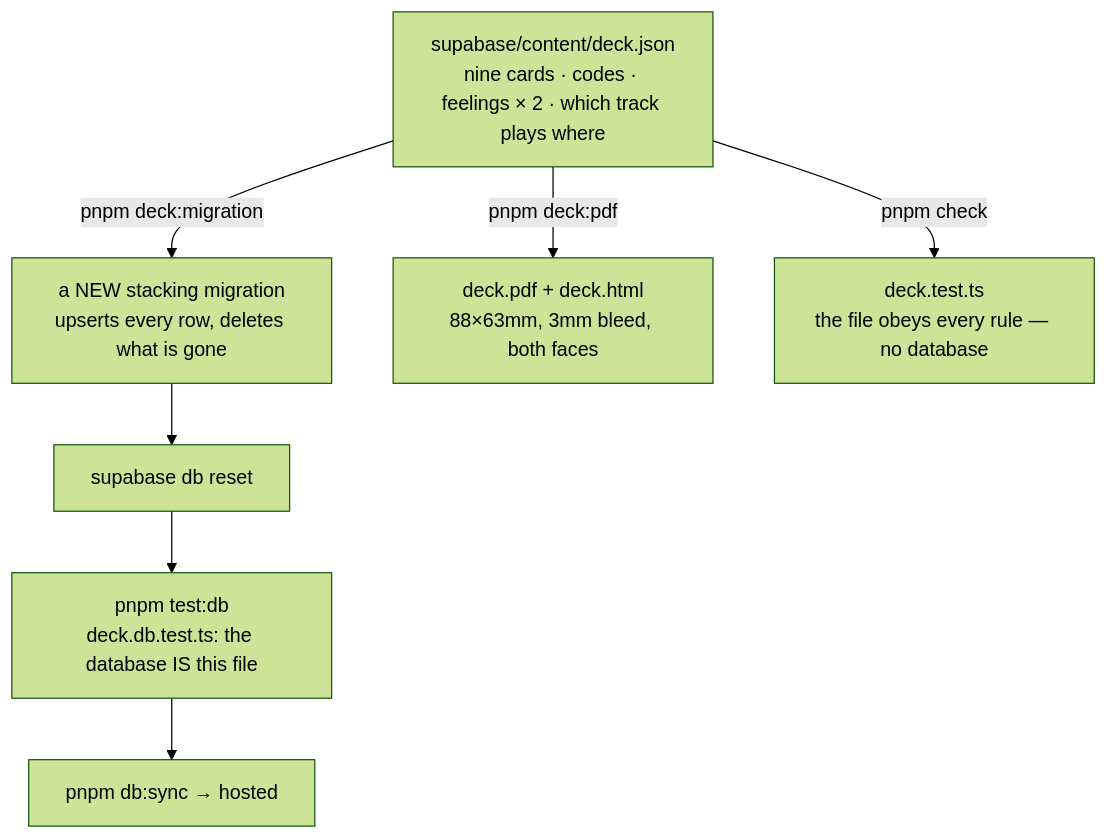
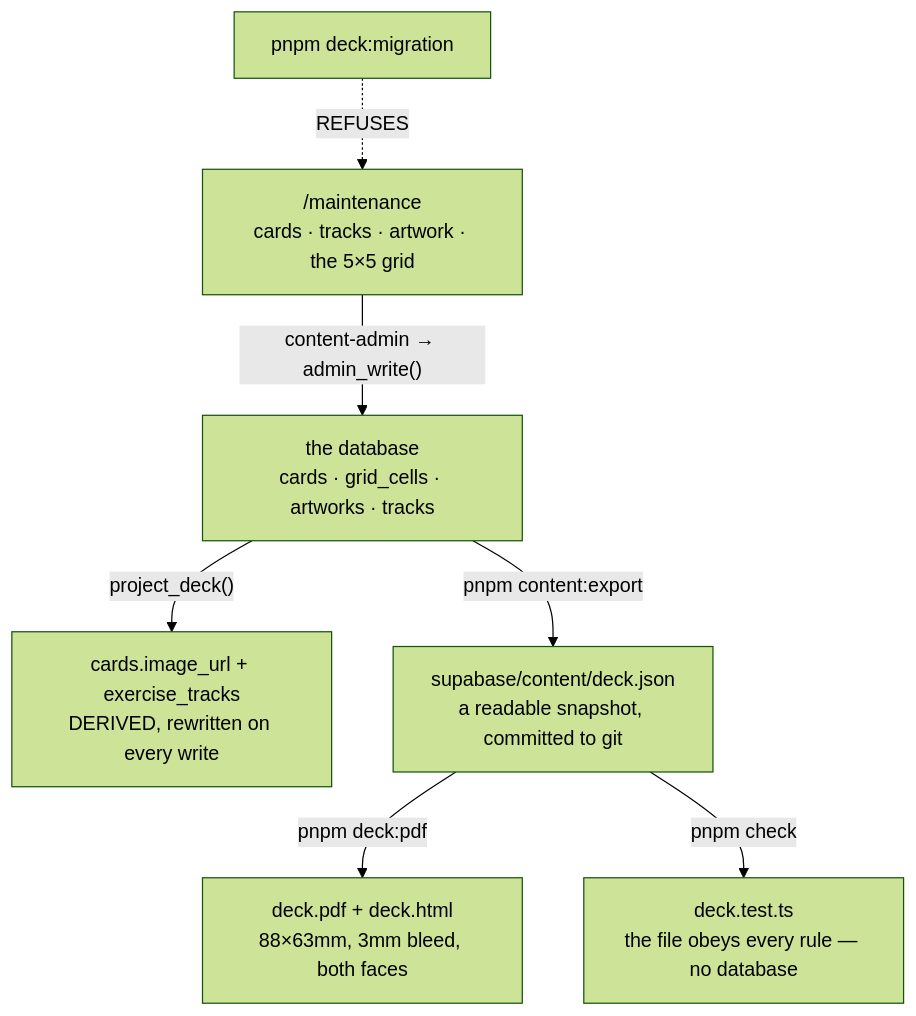
One commit to product-ben/musie changed the diagram in apps/docs/features/deck-pipeline.md. Above: the diagram before and after it, drawn with Mermaid (forest theme). The commit also changed other lines of this file and 4 other files, not shown here.

````diff
--- a/apps/docs/features/deck-pipeline.md
+++ b/apps/docs/features/deck-pipeline.md
@@ -7,9 +11,10 @@
 ```mermaid
 flowchart TD
-  J["supabase/content/deck.json<br/>nine cards · codes · feelings × 2 · which track plays where"]
-  J -->|"pnpm deck:migration"| M["a NEW stacking migration<br/>upserts every row, deletes what is gone"]
-  M --> RST["supabase db reset"] --> TDB["pnpm test:db<br/>deck.db.test.ts: the database IS this file"]
-  TDB --> PUSH["pnpm db:sync → hosted"]
+  UI["/maintenance<br/>cards · tracks · artwork · the 5×5 grid"]
+  UI -->|"content-admin → admin_write()"| DB["the database<br/>cards · grid_cells · artworks · tracks"]
+  DB -->|"project_deck()"| P["cards.image_url + exercise_tracks<br/>DERIVED, rewritten on every write"]
+  DB -->|"pnpm content:export"| J["supabase/content/deck.json<br/>a readable snapshot, committed to git"]
   J -->|"pnpm deck:pdf"| PDF["deck.pdf + deck.html<br/>88×63mm, 3mm bleed, both faces"]
   J -->|"pnpm check"| T["deck.test.ts<br/>the file obeys every rule — no database"]
+  X["pnpm deck:migration"] -.->|"REFUSES"| UI
 ```
````
